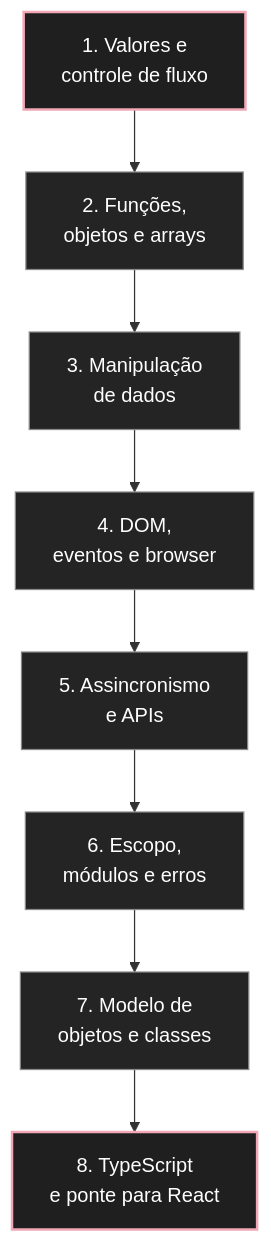
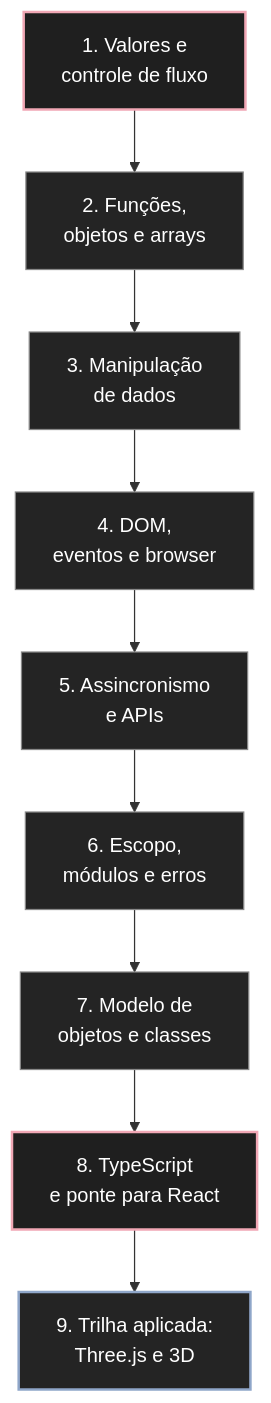
Before and after one commit to leorruas/programacao: the first of 5 diagrams in javascript/00-Guia de Estudos.md, drawn with Mermaid. The commit also changed other lines of this file, not shown here.

Commit message:
Adiciona trilha aplicada de Three.js ao guia de estudos

````diff
--- a/javascript/00-Guia de Estudos.md
+++ b/javascript/00-Guia de Estudos.md
@@ -11,15 +11,18 @@
 ```mermaid
 flowchart TD
     A["1. Valores e<br>controle de fluxo"] --> B["2. Funções,<br>objetos e arrays"]
     B --> C["3. Manipulação<br>de dados"]
     C --> D["4. DOM,<br>eventos e browser"]
     D --> E["5. Assincronismo<br>e APIs"]
     E --> F["6. Escopo,<br>módulos e erros"]
     F --> G["7. Modelo de<br>objetos e classes"]
     G --> H["8. TypeScript<br>e ponte para React"]
+    H --> I["9. Trilha aplicada:<br>Three.js e 3D"]
 
     classDef core fill:#1f1f1f,stroke:#f1a7b5,color:#fff,stroke-width:2px;
     classDef component fill:#242424,stroke:#888,color:#fff;
+    classDef applied fill:#242424,stroke:#8fa6c9,color:#fff,stroke-width:2px;
     class A,H core;
     class B,C,D,E,F,G component;
+    class I applied;
 ```
````
